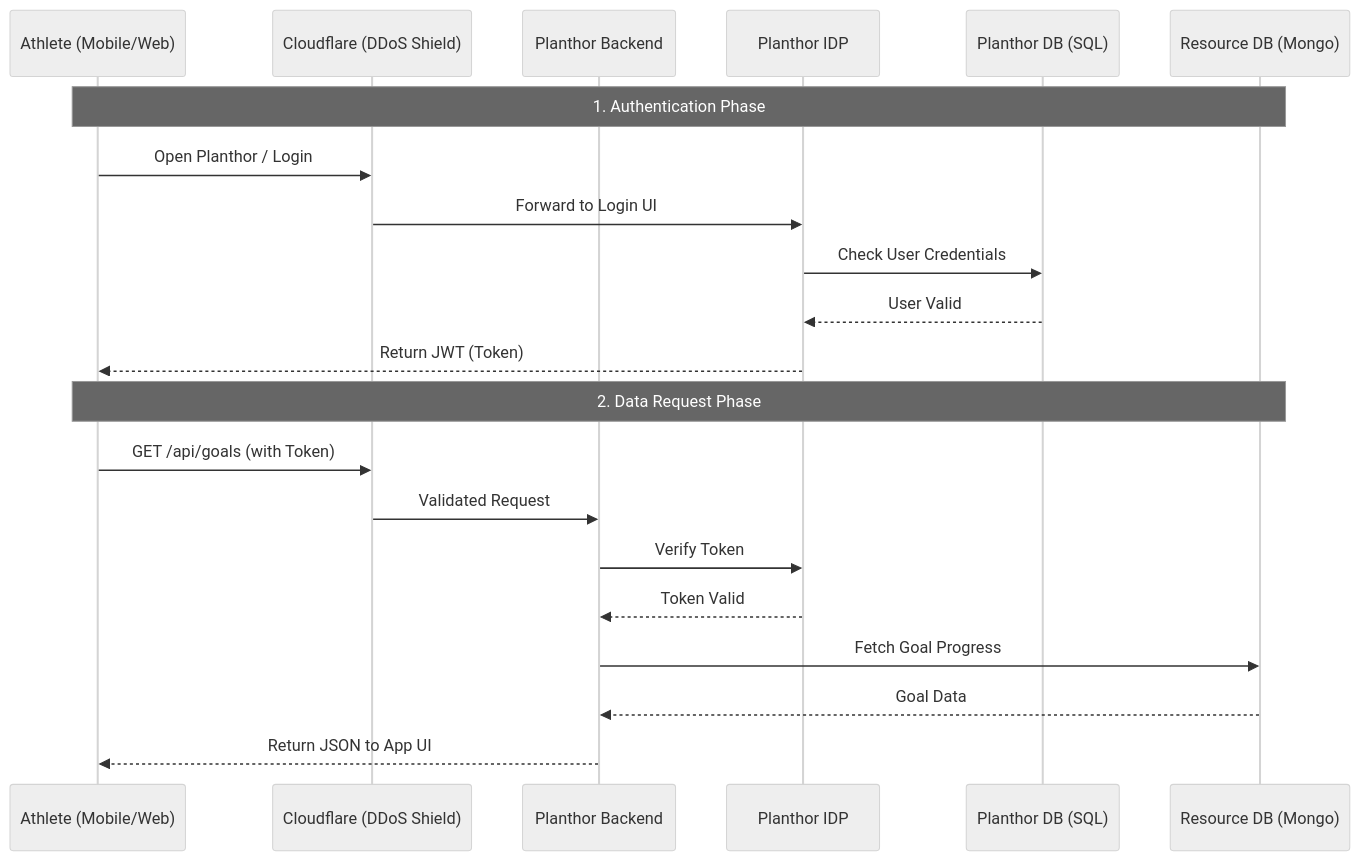
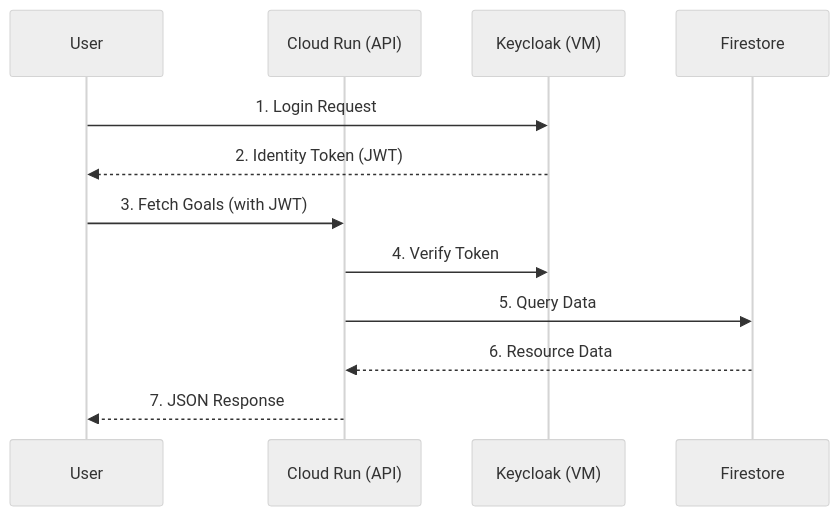
Before and after one commit to Planthor/planthor-documentation: the fourth of 4 diagrams in docs/devops.md, drawn with Mermaid (neutral theme). The commit also changed other lines of this file and 5 other files, not shown here.

````diff
--- a/docs/devops.md
+++ b/docs/devops.md
@@ -198,25 +196,15 @@
 ```mermaid
 sequenceDiagram
-    participant U as Athlete (Mobile/Web)
-    participant CF as Cloudflare (DDoS Shield)
-    participant BE as Planthor Backend
-    participant IDP as Planthor IDP
-    participant DB as Planthor DB (SQL)
-    participant MDB as Resource DB (Mongo)
+    participant U as User
+    participant CR as Cloud Run (API)
+    participant KC as Keycloak (VM)
+    participant FS as Firestore
 
-    Note over U, MDB: 1. Authentication Phase
-    U->>CF: Open Planthor / Login
-    CF->>IDP: Forward to Login UI
-    IDP->>DB: Check User Credentials
-    DB-->>IDP: User Valid
-    IDP-->>U: Return JWT (Token)
-
-    Note over U, MDB: 2. Data Request Phase
-    U->>CF: GET /api/goals (with Token)
-    CF->>BE: Validated Request
-    BE->>IDP: Verify Token
-    IDP-->>BE: Token Valid
-    BE->>MDB: Fetch Goal Progress
-    MDB-->>BE: Goal Data
-    BE-->>U: Return JSON to App UI
+    U->>KC: 1. Login Request
+    KC-->>U: 2. Identity Token (JWT)
+    U->>CR: 3. Fetch Goals (with JWT)
+    CR->>KC: 4. Verify Token
+    CR->>FS: 5. Query Data
+    FS-->>CR: 6. Resource Data
+    CR-->>U: 7. JSON Response
 ```
````
